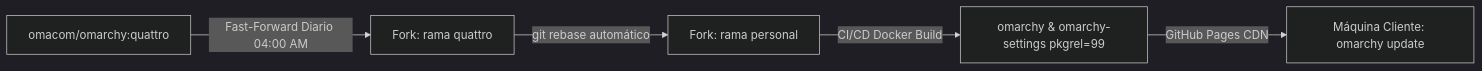
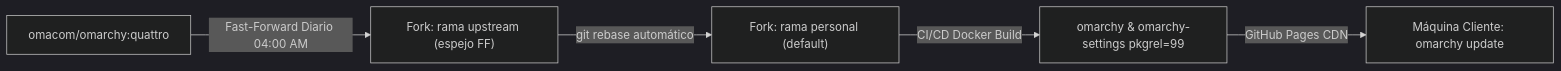
The diagram in guide/01-introduccion.md (robert-flo/fork-docs), drawn with Mermaid (dark theme) before and after one commit. The commit also changed other lines of this file and 11 other files, not shown here.

First line of the commit message:
docs: espejo local upstream (ADR 0024 / omarchy#4) (#12)

````diff
--- a/guide/01-introduccion.md
+++ b/guide/01-introduccion.md
@@ -34,7 +34,7 @@
 ```mermaid
 graph LR
-    Upstream["omacom/omarchy:quattro"] -->|Fast-Forward Diario 04:00 AM| Quattro["Fork: rama quattro"]
-    Quattro -->|git rebase automático| Personal["Fork: rama personal"]
+    Upstream["omacom/omarchy:quattro"] -->|Fast-Forward Diario 04:00 AM| Mirror["Fork: rama upstream (espejo FF)"]
+    Mirror -->|git rebase automático| Personal["Fork: rama personal (default)"]
     Personal -->|CI/CD Docker Build| Packages["omarchy & omarchy-settings pkgrel=99"]
     Packages -->|GitHub Pages CDN| UserMachine["Máquina Cliente: omarchy update"]
 ```
````
